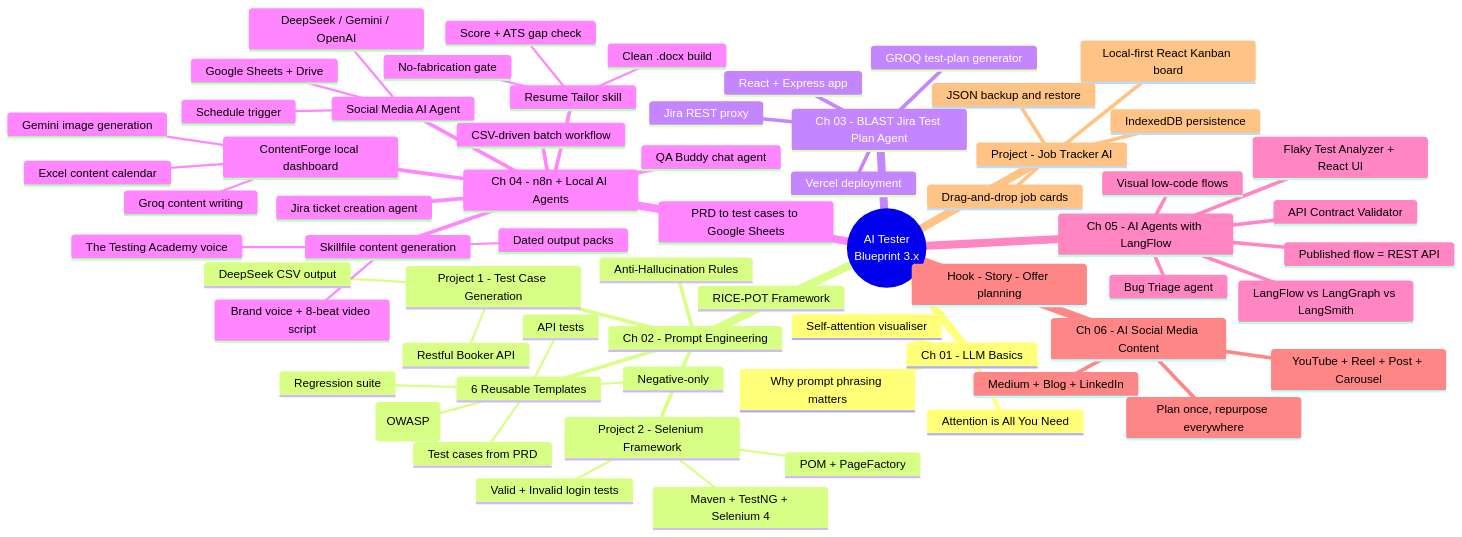
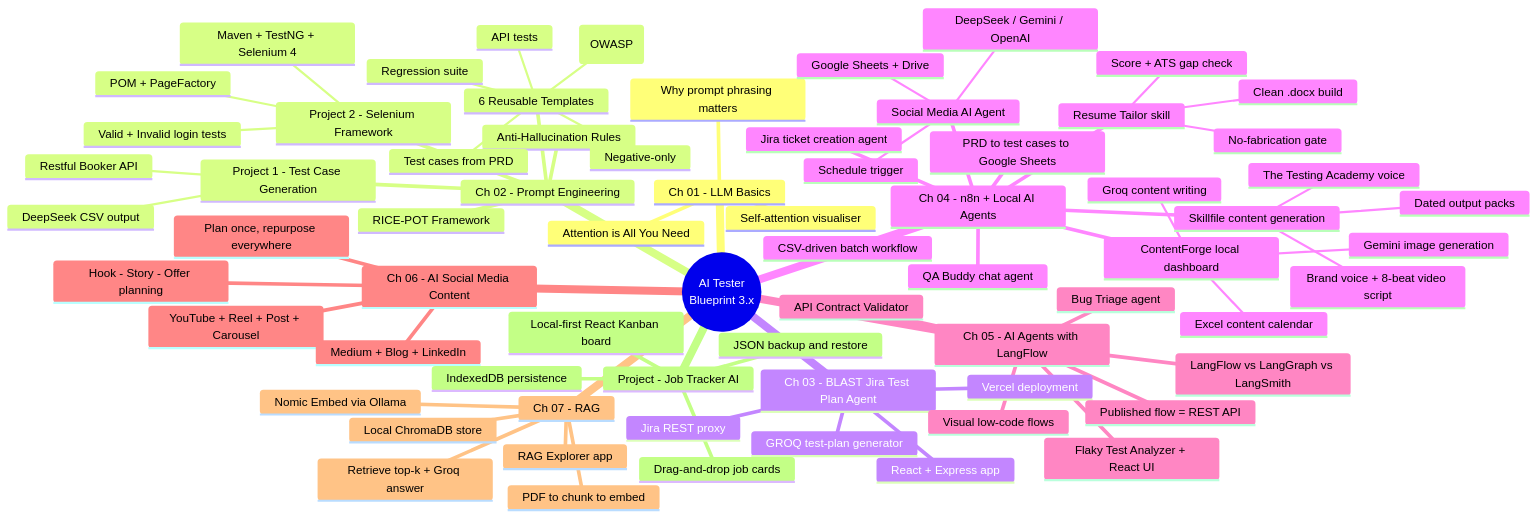
Before and after one commit to Gurpreet-it/AI-Test: the first of 9 diagrams in README.md, drawn with Mermaid. The commit also changed other lines of this file and 22 other files, not shown here.

First line of the commit message:
feat: add ch07 RAG Explorer app

````diff
--- a/README.md
+++ b/README.md
@@ -14,67 +14,73 @@
 ```mermaid
 mindmap
   root((AI Tester<br/>Blueprint 3.x))
     Ch 01 - LLM Basics
       Attention is All You Need
       Self-attention visualiser
       Why prompt phrasing matters
     Ch 02 - Prompt Engineering
       Anti-Hallucination Rules
       RICE-POT Framework
       Project 1 - Test Case Generation
         Restful Booker API
         DeepSeek CSV output
       Project 2 - Selenium Framework
         Maven + TestNG + Selenium 4
         POM + PageFactory
         Valid + Invalid login tests
       6 Reusable Templates
         Test cases from PRD
         API tests
         Negative-only
         Security (OWASP)
         Regression suite
     Ch 03 - BLAST Jira Test Plan Agent
       React + Express app
       Jira REST proxy
       GROQ test-plan generator
       Vercel deployment
     Ch 04 - n8n + Local AI Agents
       QA Buddy chat agent
       Jira ticket creation agent
       PRD to test cases to Google Sheets
       CSV-driven batch workflow
       ContentForge local dashboard
         Groq content writing
         Gemini image generation
         Excel content calendar
       Skillfile content generation
         The Testing Academy voice
         Brand voice + 8-beat video script
         Dated output packs
       Social Media AI Agent
         Schedule trigger
         DeepSeek / Gemini / OpenAI
         Google Sheets + Drive
       Resume Tailor skill
         Score + ATS gap check
         No-fabrication gate
         Clean .docx build
     Ch 05 - AI Agents with LangFlow
       Visual low-code flows
       Published flow = REST API
       Flaky Test Analyzer + React UI
       API Contract Validator
       Bug Triage agent
       LangFlow vs LangGraph vs LangSmith
     Ch 06 - AI Social Media Content
       Hook - Story - Offer planning
       YouTube + Reel + Post + Carousel
       Medium + Blog + LinkedIn
       Plan once, repurpose everywhere
+    Ch 07 - RAG
+      RAG Explorer app
+      PDF to chunk to embed
+      Nomic Embed via Ollama
+      Local ChromaDB store
+      Retrieve top-k + Groq answer
     Project - Job Tracker AI
       Local-first React Kanban board
       IndexedDB persistence
       Drag-and-drop job cards
       JSON backup and restore
 ```
````
